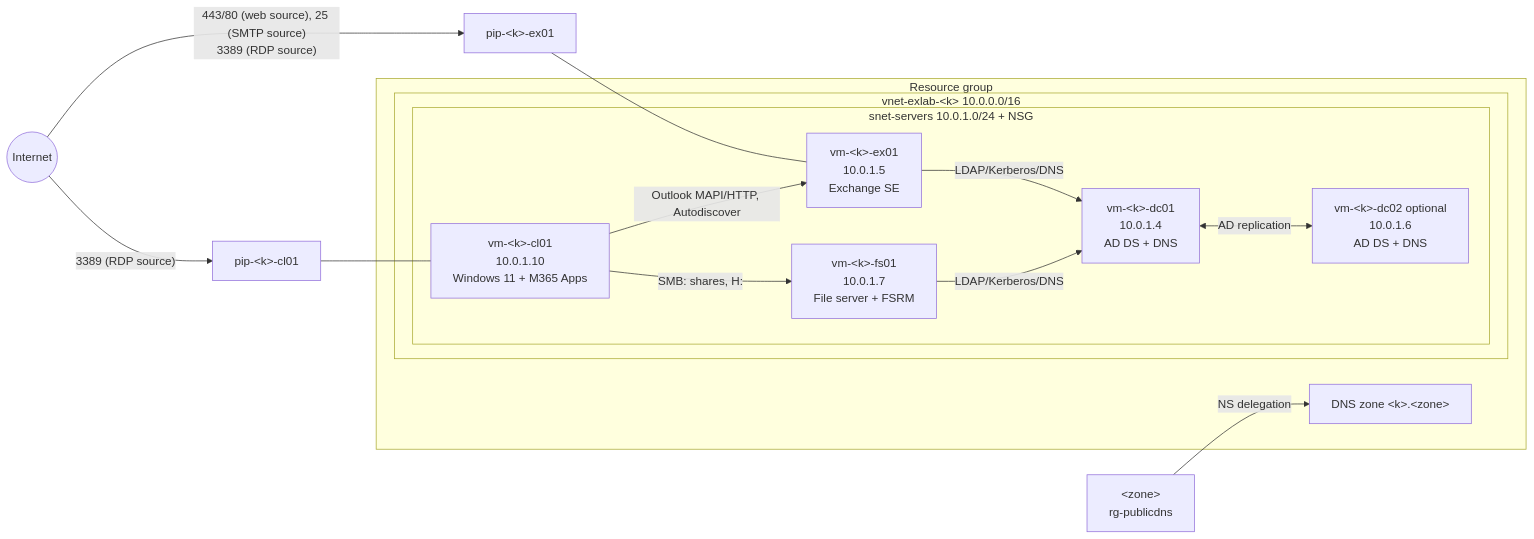
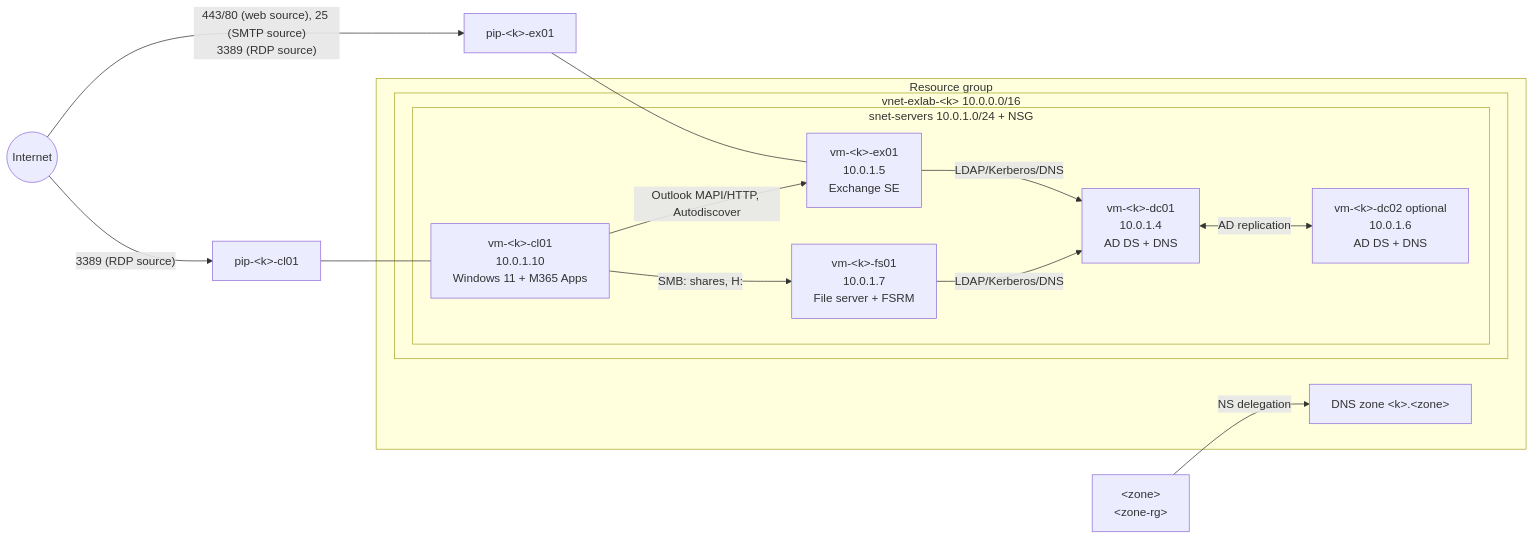
Before and after one commit to sredlin/TraineeLab: the diagram in docs/en/architecture.md, drawn with Mermaid. The commit also changed other lines of this file and 8 other files, not shown here.

First line of the commit message:
feat(dns): require resource group of the parent DNS zone as input

````diff
--- a/docs/en/architecture.md
+++ b/docs/en/architecture.md
@@ -9,25 +9,25 @@
 ```mermaid
 flowchart LR
     Internet((Internet)) -->|"443/80 (web source), 25 (SMTP source)\n3389 (RDP source)"| PIP[pip-&lt;k&gt;-ex01]
     Internet -->|"3389 (RDP source)"| PIPCL[pip-&lt;k&gt;-cl01]
     subgraph RG[Resource group]
         subgraph VNET[vnet-exlab-&lt;k&gt; 10.0.0.0/16]
             subgraph SNET[snet-servers 10.0.1.0/24 + NSG]
                 DC[vm-&lt;k&gt;-dc01<br/>10.0.1.4<br/>AD DS + DNS]
                 DC2[vm-&lt;k&gt;-dc02 optional<br/>10.0.1.6<br/>AD DS + DNS]
                 EX[vm-&lt;k&gt;-ex01<br/>10.0.1.5<br/>Exchange SE]
                 CL[vm-&lt;k&gt;-cl01<br/>10.0.1.10<br/>Windows 11 + M365 Apps]
                 FS[vm-&lt;k&gt;-fs01<br/>10.0.1.7<br/>File server + FSRM]
             end
         end
         ZONE[DNS zone &lt;k&gt;.&lt;zone&gt;]
     end
     PIP --- EX
     PIPCL --- CL
     EX -->|LDAP/Kerberos/DNS| DC
     CL -->|Outlook MAPI/HTTP, Autodiscover| EX
     CL -->|SMB: shares, H:| FS
     FS -->|LDAP/Kerberos/DNS| DC
     DC <-->|AD replication| DC2
-    PARENT[&lt;zone&gt;<br/>rg-publicdns] -->|NS delegation| ZONE
+    PARENT[&lt;zone&gt;<br/>&lt;zone-rg&gt;] -->|NS delegation| ZONE
 ```
````
